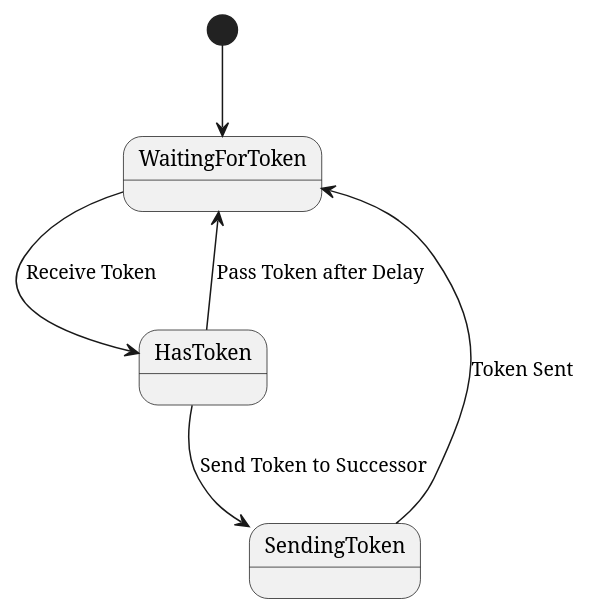
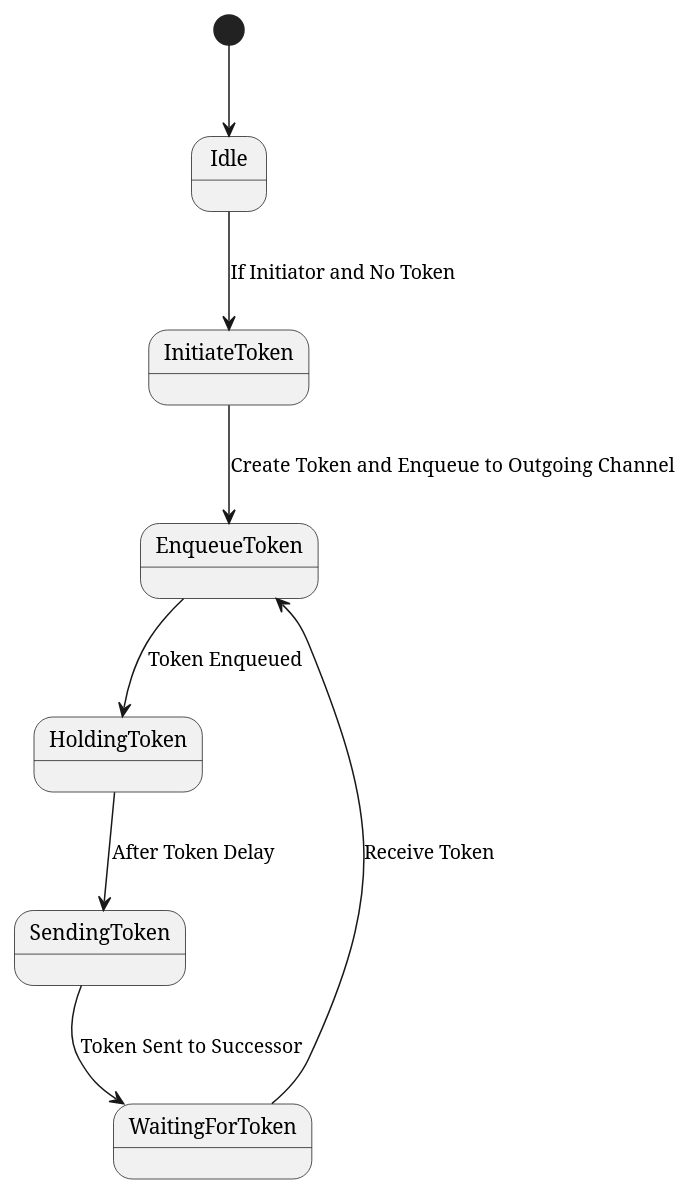
Before and after one commit to beom529/notes: the first of 2 diagrams in Class/CS7610/Lab2 Plant UML.md, drawn with PlantUML.

Commit message:
vault backup: 2024-10-09 13:49:24

```diff
--- a/Class/CS7610/Lab2 Plant UML.md
+++ b/Class/CS7610/Lab2 Plant UML.md
@@ -2,8 +2,12 @@
-@startuml TokenPassStateDiagram
-[*] --> WaitingForToken
+@startuml
+[*] --> Idle
 
-WaitingForToken --> HasToken : Receive Token
-HasToken --> SendingToken : Send Token to Successor
-SendingToken --> WaitingForToken : Token Sent
-HasToken --> WaitingForToken : Pass Token after Delay
+Idle --> InitiateToken : If Initiator and No Token
+InitiateToken --> EnqueueToken : Create Token and Enqueue to Outgoing Channel
+EnqueueToken --> HoldingToken : Token Enqueued
+
+HoldingToken --> SendingToken : After Token Delay
+
+WaitingForToken --> EnqueueToken : Receive Token
+SendingToken --> WaitingForToken : Token Sent to Successor
 @enduml
```
